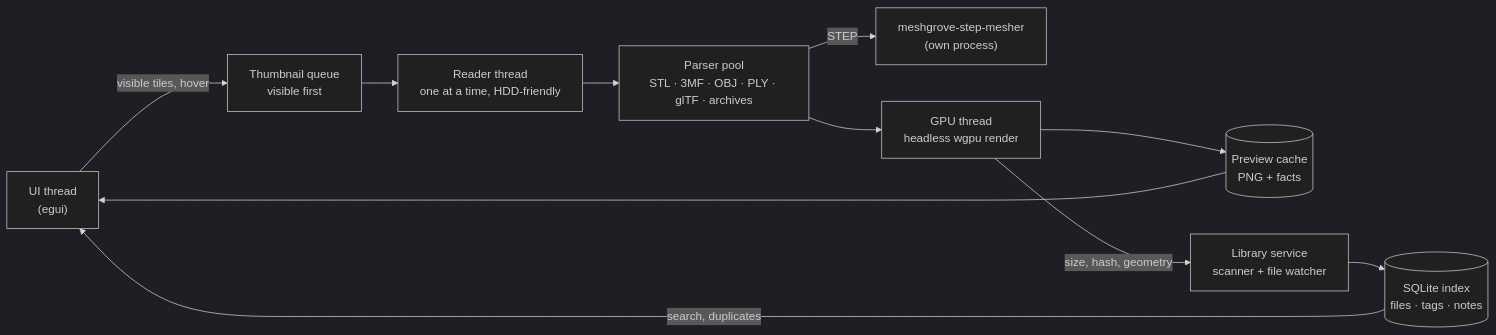
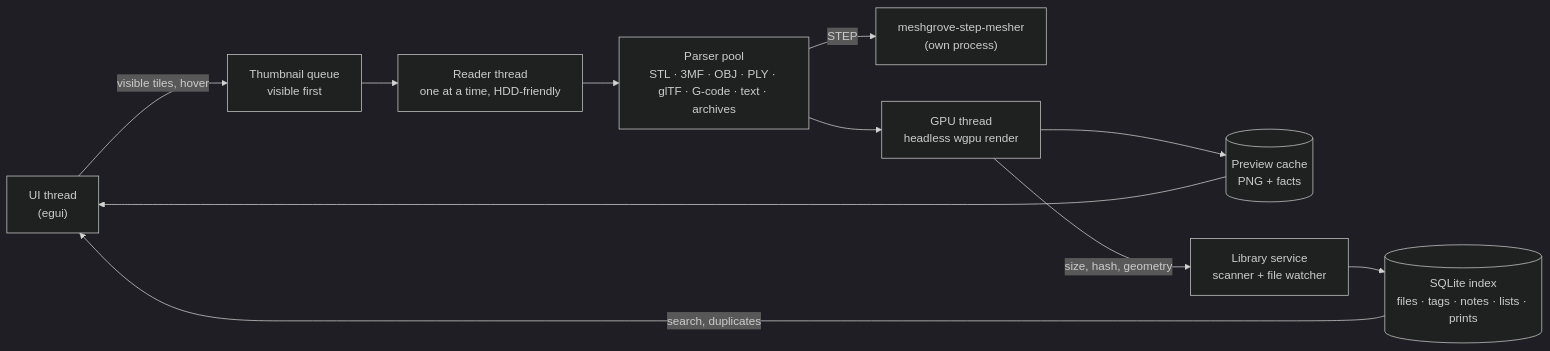
Before and after one commit to DonDavis-vibe/MeshGrove: the diagram in README.md, drawn with Mermaid (dark theme). The commit also changed other lines of this file and 6 other files, not shown here.

First line of the commit message:
README for 0.4: lists, print log, G-code, readmes, list view (0.4 M7)

````diff
--- a/README.md
+++ b/README.md
@@ -762,13 +904,13 @@
 ```mermaid
 flowchart LR
     UI["UI thread<br/>(egui)"] -- "visible tiles, hover" --> Q["Thumbnail queue<br/>visible first"]
     Q --> IO["Reader thread<br/>one at a time, HDD-friendly"]
-    IO --> P["Parser pool<br/>STL · 3MF · OBJ · PLY · glTF · archives"]
+    IO --> P["Parser pool<br/>STL · 3MF · OBJ · PLY · glTF · G-code · text · archives"]
     P -- "STEP" --> S["meshgrove-step-mesher<br/>(own process)"]
     P --> G["GPU thread<br/>headless wgpu render"]
     G --> C[("Preview cache<br/>PNG + facts")]
     C --> UI
-    L["Library service<br/>scanner + file watcher"] --> DB[("SQLite index<br/>files · tags · notes")]
+    L["Library service<br/>scanner + file watcher"] --> DB[("SQLite index<br/>files · tags · notes · lists · prints")]
     G -- "size, hash, geometry" --> L
     DB -- "search, duplicates" --> UI
 ```
````
